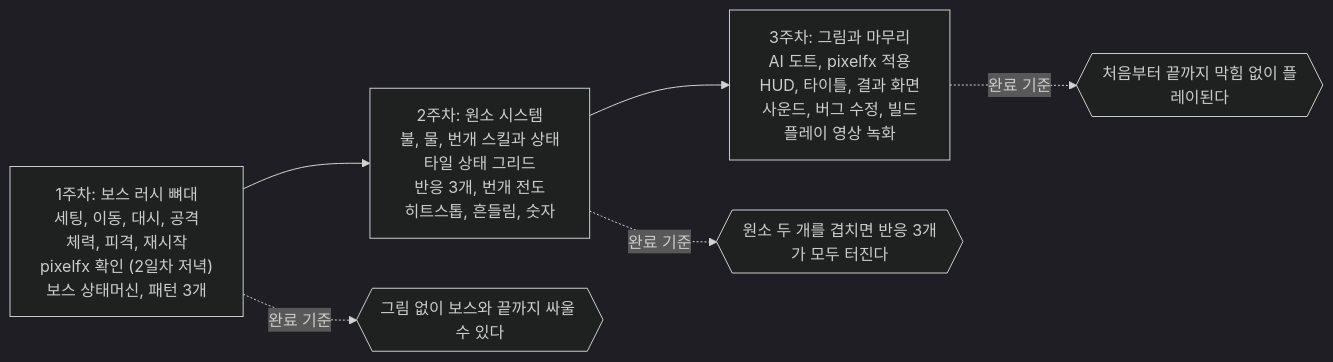
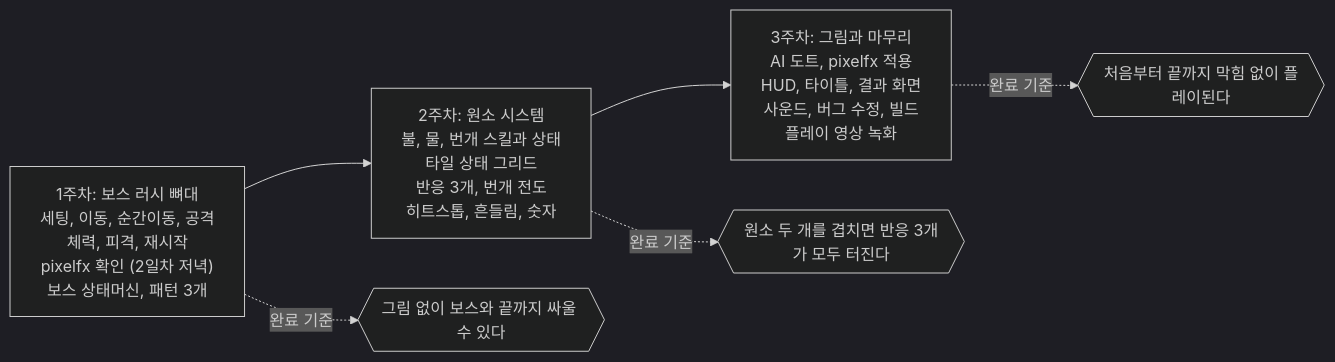
The second of 2 diagrams in Docs/Elemental Trials 기획서.md (0wan1001/Elemental-Trials), drawn with Mermaid (dark theme) before and after one commit. The commit also changed other lines of this file and 3 other files, not shown here.

````diff
--- a/Docs/Elemental Trials 기획서.md
+++ b/Docs/Elemental Trials 기획서.md
@@ -286,7 +287,7 @@
 ```mermaid
 flowchart LR
-    W1["1주차: 보스 러시 뼈대<br/>세팅, 이동, 대시, 공격<br/>체력, 피격, 재시작<br/>pixelfx 확인 (2일차 저녁)<br/>보스 상태머신, 패턴 3개"] --> W2["2주차: 원소 시스템<br/>불, 물, 번개 스킬과 상태<br/>타일 상태 그리드<br/>반응 3개, 번개 전도<br/>히트스톱, 흔들림, 숫자"] --> W3["3주차: 그림과 마무리<br/>AI 도트, pixelfx 적용<br/>HUD, 타이틀, 결과 화면<br/>사운드, 버그 수정, 빌드<br/>플레이 영상 녹화"]
+    W1["1주차: 보스 러시 뼈대<br/>세팅, 이동, 순간이동, 공격<br/>체력, 피격, 재시작<br/>pixelfx 확인 (2일차 저녁)<br/>보스 상태머신, 패턴 3개"] --> W2["2주차: 원소 시스템<br/>불, 물, 번개 스킬과 상태<br/>타일 상태 그리드<br/>반응 3개, 번개 전도<br/>히트스톱, 흔들림, 숫자"] --> W3["3주차: 그림과 마무리<br/>AI 도트, pixelfx 적용<br/>HUD, 타이틀, 결과 화면<br/>사운드, 버그 수정, 빌드<br/>플레이 영상 녹화"]
     W1 -.완료 기준.-> G1{{"그림 없이 보스와 끝까지 싸울 수 있다"}}
     W2 -.완료 기준.-> G2{{"원소 두 개를 겹치면 반응 3개가 모두 터진다"}}
     W3 -.완료 기준.-> G3{{"처음부터 끝까지 막힘 없이 플레이된다"}}
 ```
````
